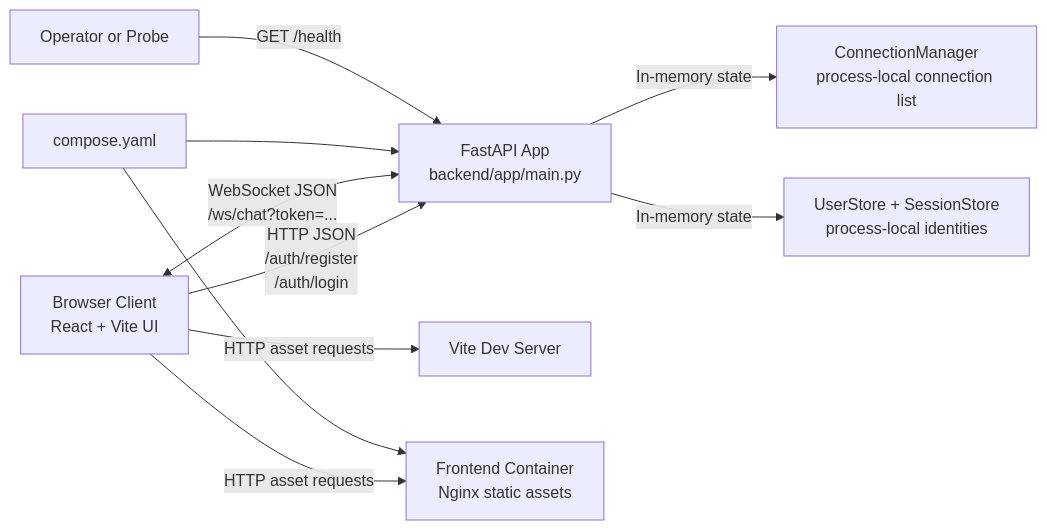
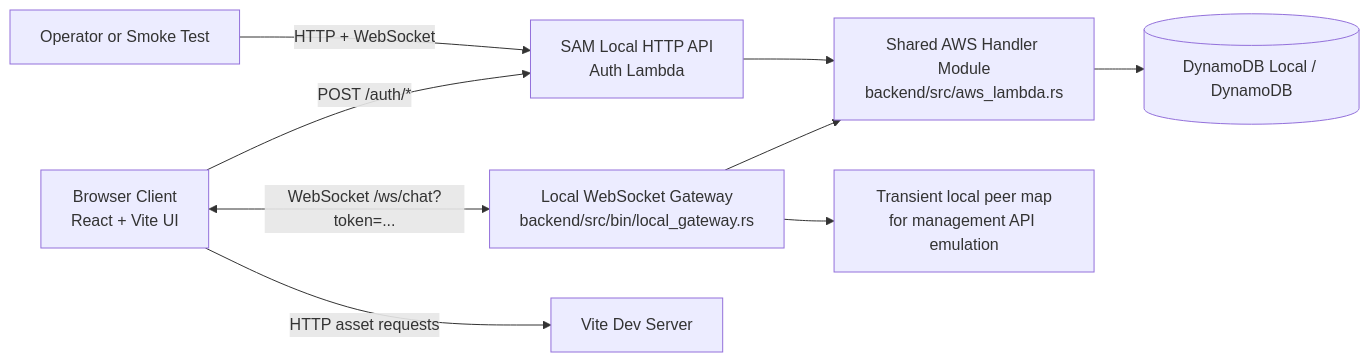
The diagram in arch/system-overview.md (stigmergist/VibeArch), drawn with Mermaid before and after one commit. The commit also changed other lines of this file and 47 other files, not shown here.

Commit message:
Migrate chat app to Rust AWS-local SAM backend

````diff
--- a/arch/system-overview.md
+++ b/arch/system-overview.md
@@ -28,12 +38,11 @@
 ```mermaid
 flowchart LR
-	Browser[Browser Client\nReact + Vite UI] -->|HTTP JSON\n/auth/register\n/auth/login| API[FastAPI App\nbackend/app/main.py]
-	Browser <-->|WebSocket JSON\n/ws/chat?token=...| API
+	Browser[Browser Client\nReact + Vite UI] -->|POST /auth/*| SamApi[SAM Local HTTP API\nAuth Lambda]
+	Browser <-->|WebSocket /ws/chat?token=...| Gateway[Local WebSocket Gateway\nbackend/src/bin/local_gateway.rs]
 	Browser -->|HTTP asset requests| Vite[Vite Dev Server]
-	Browser -->|HTTP asset requests| Nginx[Frontend Container\nNginx static assets]
-	API -->|In-memory state| Manager[ConnectionManager\nprocess-local connection list]
-	API -->|In-memory state| Identity[UserStore + SessionStore\nprocess-local identities]
-	Compose[compose.yaml] --> Nginx
-	Compose --> API
-	Monitor[Operator or Probe] -->|GET /health| API
+	SamApi --> Shared[Shared AWS Handler Module\nbackend/src/aws_lambda.rs]
+	Gateway --> Shared
+	Shared --> Dynamo[(DynamoDB Local / DynamoDB)]
+	Gateway --> SocketMap[Transient local peer map\nfor management API emulation]
+	Monitor[Operator or Smoke Test] -->|HTTP + WebSocket| SamApi
 ```
````
